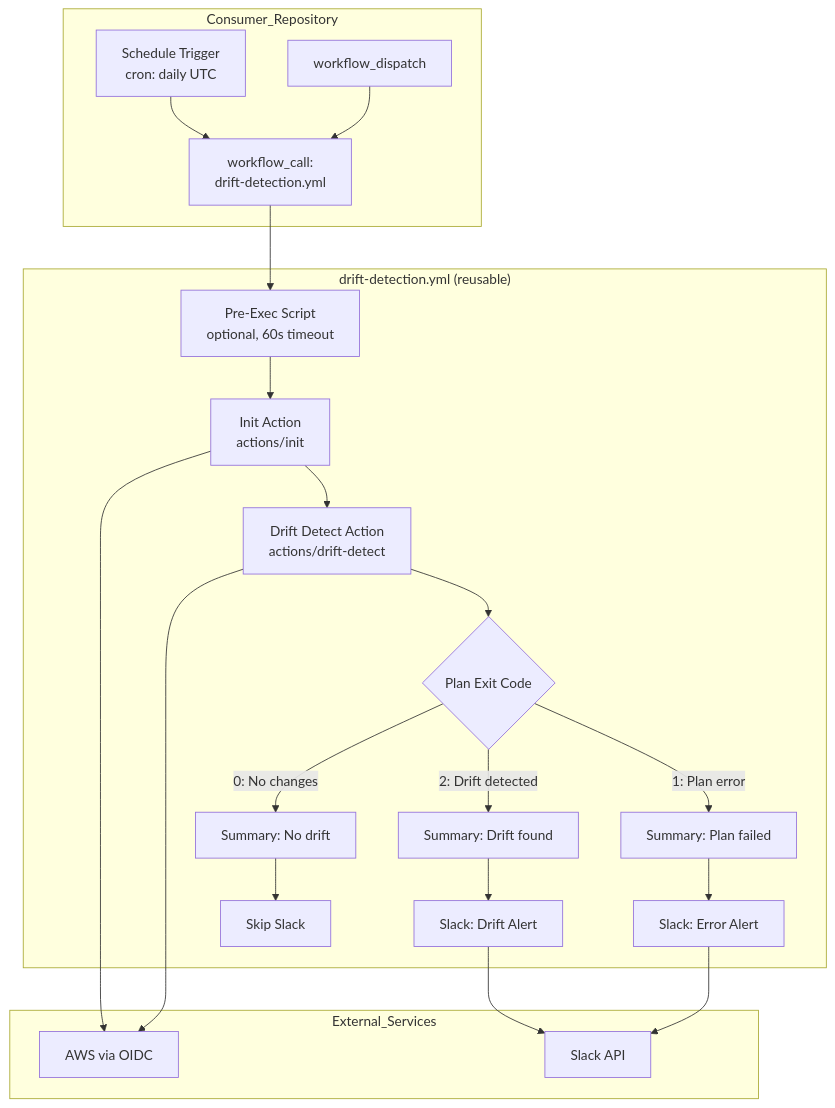
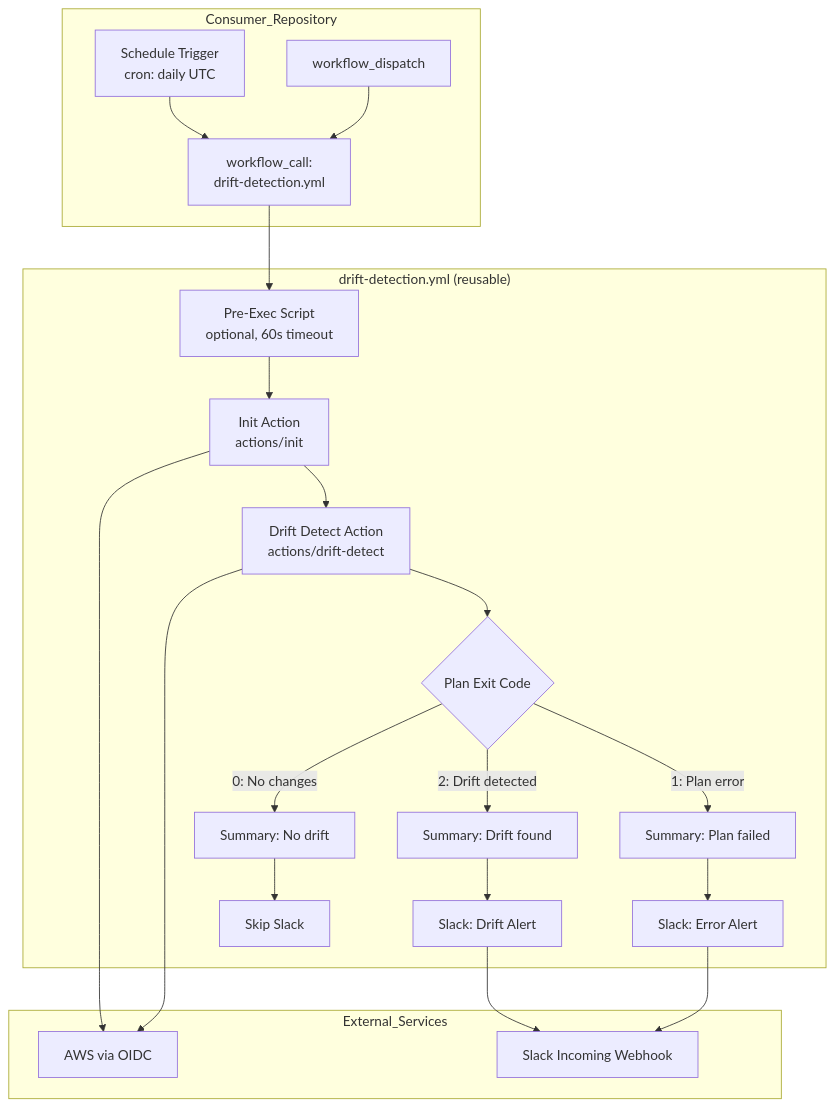
The first of 3 diagrams in .kiro/specs/terraform-drift-detection/design.md (Home-Office-Digital/core-cloud-workflow-terraform-actions), drawn with Mermaid before and after one commit. The commit also changed other lines of this file and 2 other files, not shown here.

Commit message:
feat: update design to use webhook token

````diff
--- a/.kiro/specs/terraform-drift-detection/design.md
+++ b/.kiro/specs/terraform-drift-detection/design.md
@@ -16,27 +16,27 @@
 ```mermaid
 flowchart TD
     subgraph Consumer_Repository
         A[Schedule Trigger<br/>cron: daily UTC] --> B[workflow_call:<br/>drift-detection.yml]
         A2[workflow_dispatch] --> B
     end
 
     subgraph Drift_Detection_Workflow["drift-detection.yml (reusable)"]
         B --> C[Pre-Exec Script<br/>optional, 60s timeout]
         C --> D[Init Action<br/>actions/init]
         D --> E[Drift Detect Action<br/>actions/drift-detect]
         E --> F{Plan Exit Code}
         F -->|0: No changes| G[Summary: No drift]
         F -->|2: Drift detected| H[Summary: Drift found]
         F -->|1: Plan error| I[Summary: Plan failed]
         H --> J[Slack: Drift Alert]
         I --> K[Slack: Error Alert]
         G --> L[Skip Slack]
     end
 
     subgraph External_Services
         D --> AWS[AWS via OIDC]
         E --> AWS
-        J --> Slack[Slack API]
+        J --> Slack[Slack Incoming Webhook]
         K --> Slack
     end
 ```
````
